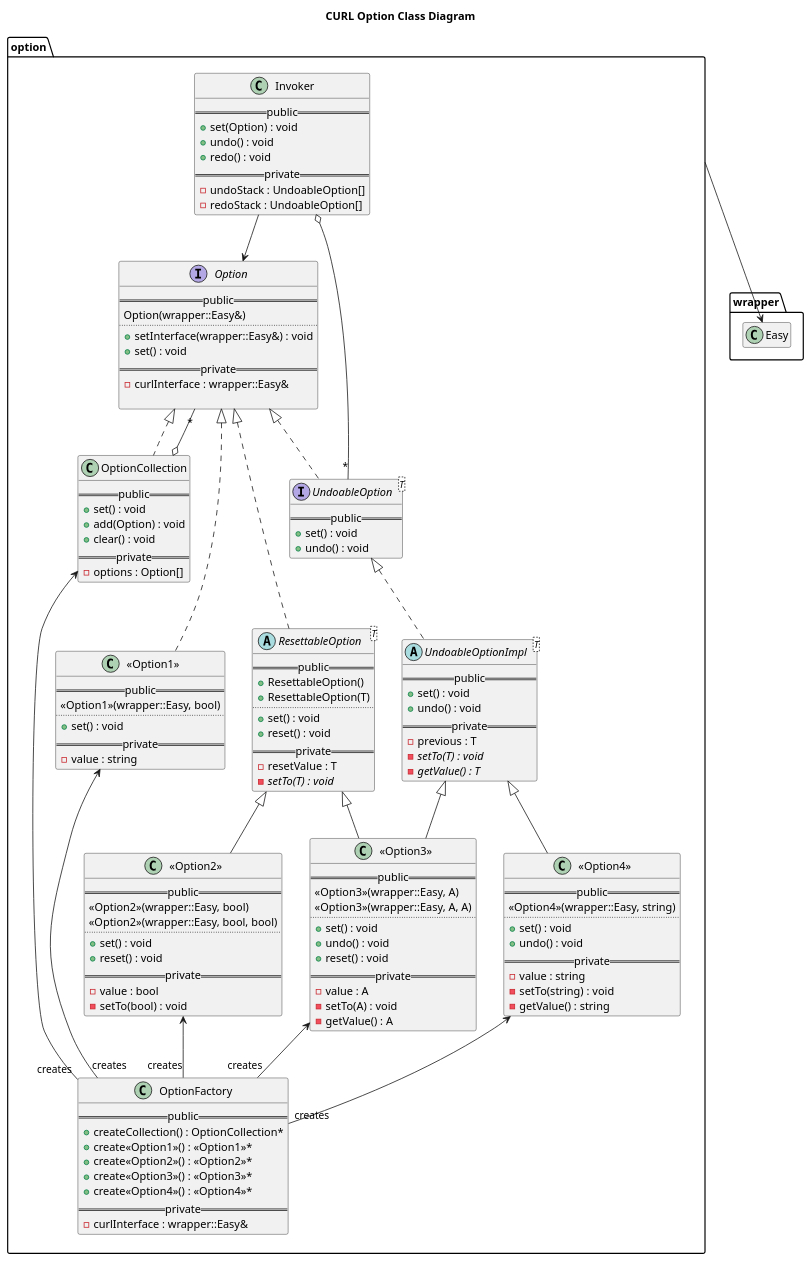
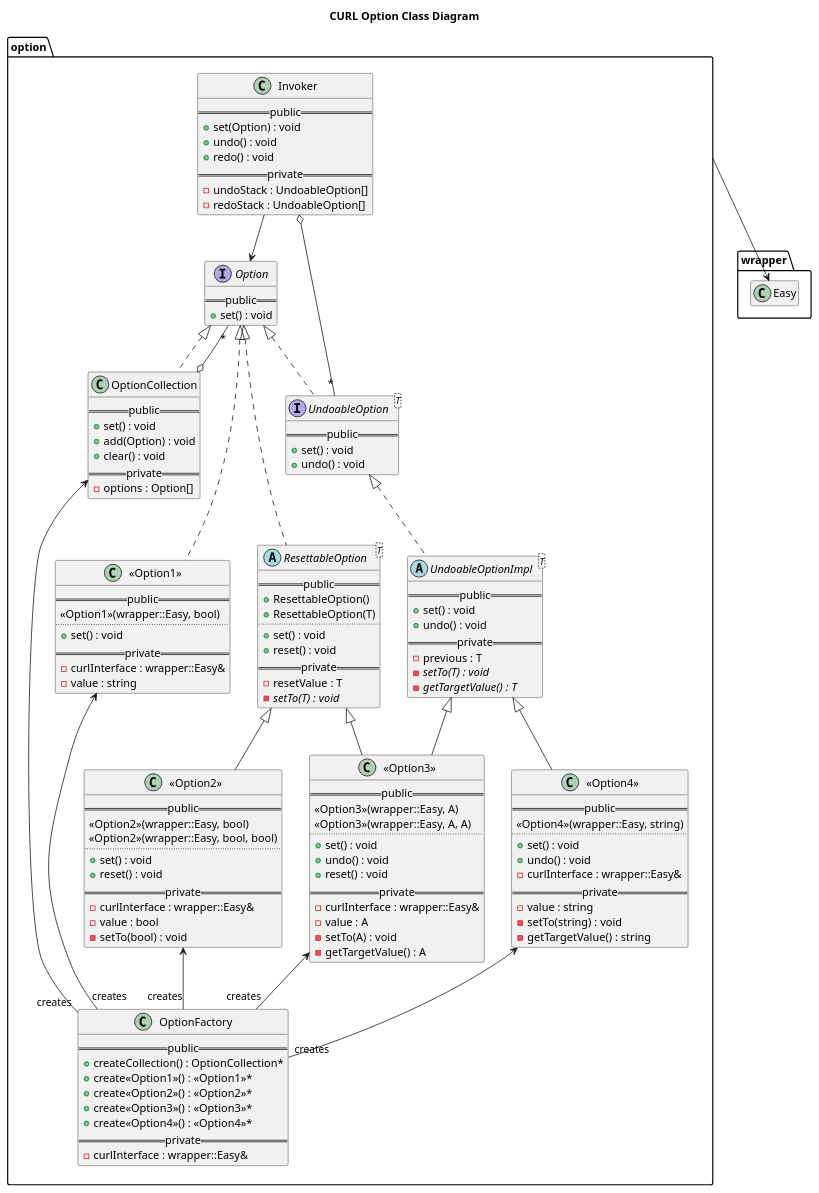
Before and after one commit to kfpgk/libotocurl: the diagram in libotocurl/option/doc/class.puml, drawn with PlantUML. The commit also changed 17 other files, not shown here.

Commit message:
Remove member curlInterface from Option interface and put it into concrete option classes instead

```diff
--- a/libotocurl/option/doc/class.puml
+++ b/libotocurl/option/doc/class.puml
@@ -1,150 +1,148 @@
 @startuml curl-option-class-diagram
 
 title CURL Option Class Diagram
 
 package option {
 
     interface "Option" as CurlOption {
         == public ==
-        Option(wrapper::Easy&)
-        ..
-        + setInterface(wrapper::Easy&) : void
-        + set() : void
-        == private ==
-        - curlInterface : wrapper::Easy&
-        
+        + set() : void      
     }
 
     class "OptionFactory" as CurlOptionFactory {
         == public ==
         + createCollection() : OptionCollection*
         + create<<Option1>>() : <<Option1>>*
         + create<<Option2>>() : <<Option2>>*
         + create<<Option3>>() : <<Option3>>*
         + create<<Option4>>() : <<Option4>>*
         == private ==
         - curlInterface : wrapper::Easy&
     }
 
     class "Invoker" as CurlOptionInvoker {
         == public ==
         + set(Option) : void 
         + undo() : void
         + redo() : void
         == private ==
         - undoStack : UndoableOption[]
         - redoStack : UndoableOption[]
     }
 
     abstract class "ResettableOption<T>" as CurlResettableOption {
         == public ==
         + ResettableOption()
         + ResettableOption(T)
         ..
         + set() : void
         + reset() : void
         == private ==
         - resetValue : T
         - {abstract} setTo(T) : void
     }
     
     interface "UndoableOption<T>" as CurlUndoableOption {
         == public ==
         + set() : void
         + undo() : void
     }
 
     abstract class "UndoableOptionImpl<T>" as CurlUndoableOptionImpl {
         == public ==
         + set() : void
         + undo() : void  
         == private ==
         - previous : T
         - {abstract} setTo(T) : void
-        - {abstract} getValue() : T
+        - {abstract} getTargetValue() : T
     }
 
     class "OptionCollection" as CurlOptionCollection {
         == public ==
         + set() : void
         + add(Option) : void
         + clear() : void
         == private ==
         - options : Option[]
     }
     class "<<Option1>>" as CurlConcreteOption1 {
         == public ==
         <<Option1>>(wrapper::Easy, bool)
         ..
         + set() : void
         == private ==
+        - curlInterface : wrapper::Easy&
         - value : string
     }
     class "<<Option2>>" as CurlConcreteOption2 {
         == public ==
         <<Option2>>(wrapper::Easy, bool)
         <<Option2>>(wrapper::Easy, bool, bool)
         ..
         + set() : void
         + reset() : void
         == private ==
+        - curlInterface : wrapper::Easy&
         - value : bool
         - setTo(bool) : void
     }
     class "<<Option3>>" as CurlConcreteOption3 {
         == public ==
         <<Option3>>(wrapper::Easy, A)
         <<Option3>>(wrapper::Easy, A, A)
         ..
         + set() : void
         + undo() : void
         + reset() : void
         == private ==
+        - curlInterface : wrapper::Easy&
         - value : A
         - setTo(A) : void
-        - getValue() : A
+        - getTargetValue() : A
     }
     class "<<Option4>>" as CurlConcreteOption4 {
         == public ==
         <<Option4>>(wrapper::Easy, string)
         ..
         + set() : void
         + undo() : void
+        - curlInterface : wrapper::Easy&
         == private ==
         - value : string
         - setTo(string) : void
-        - getValue() : string
+        - getTargetValue() : string
     }
 }
 
 package wrapper {
     class Easy
     hide Easy attributes
     hide Easy methods
 }
 
 CurlOption <|.. CurlOptionCollection
 CurlOption "*" --o CurlOptionCollection
 
 CurlOption <|.. CurlResettableOption 
 CurlOption <|.. CurlUndoableOption
 CurlUndoableOption <|.. CurlUndoableOptionImpl
 
 CurlOption <|.. CurlConcreteOption1
 CurlResettableOption <|-- CurlConcreteOption2
 CurlResettableOption <|-- CurlConcreteOption3
 CurlUndoableOptionImpl <|-- CurlConcreteOption3
 CurlUndoableOptionImpl <|-- CurlConcreteOption4
 
 CurlOptionCollection <-- "creates" CurlOptionFactory
 CurlConcreteOption1 <-- "creates" CurlOptionFactory
 CurlConcreteOption2 <-- "creates" CurlOptionFactory
 CurlConcreteOption3 <-- "creates" CurlOptionFactory
 CurlConcreteOption4 <-- "creates" CurlOptionFactory
 
 CurlOptionInvoker --> CurlOption
 CurlOptionInvoker o-- "*" CurlUndoableOption
 
 option --> Easy
 
 @enduml
```
